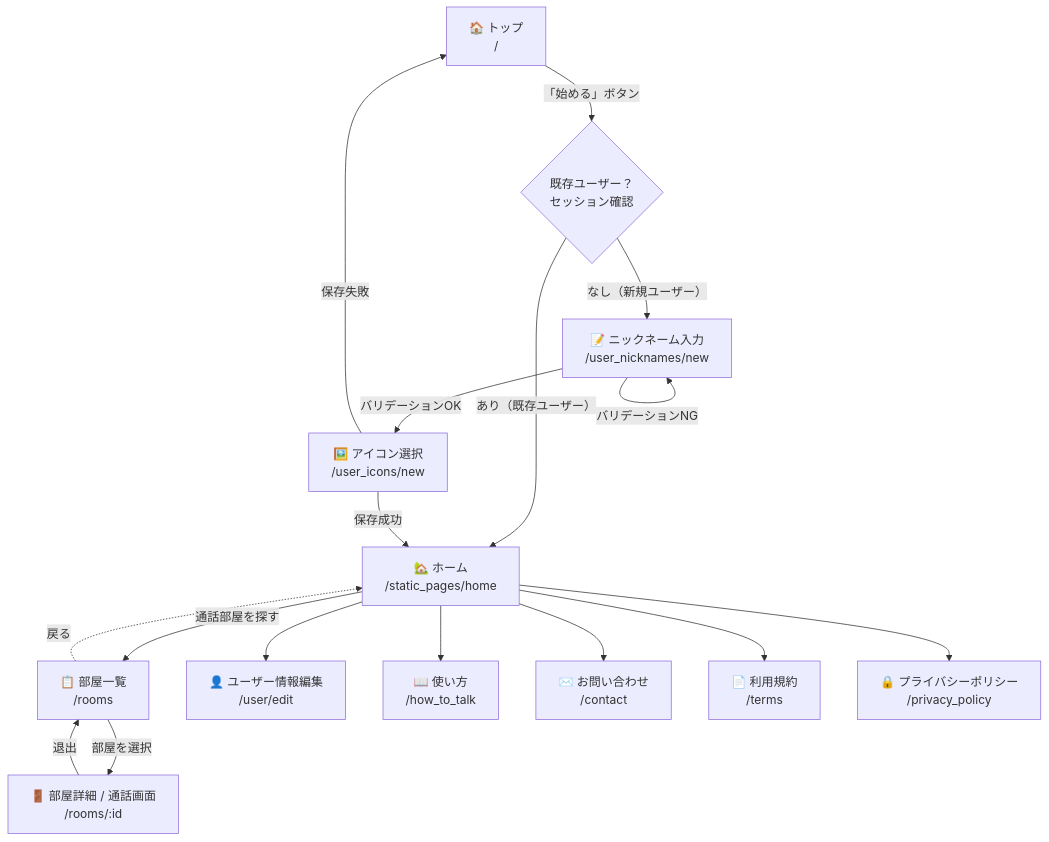
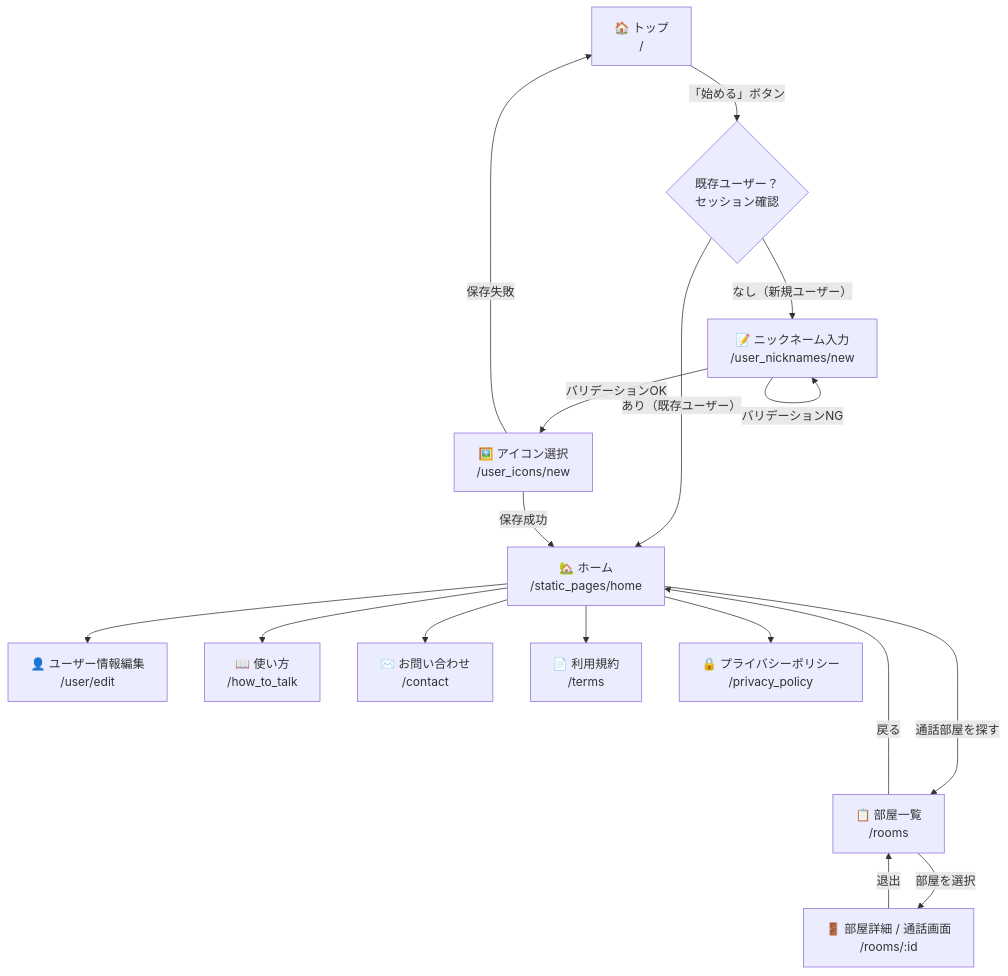
Before and after one commit to taka-thor/myapp: the diagram in docs/screen_transition.md, drawn with Mermaid.

Commit message:
update: 部屋一覧→ホームの戻る矢印を長くして経路を分離

````diff
--- a/docs/screen_transition.md
+++ b/docs/screen_transition.md
@@ -3,46 +3,46 @@
 ```mermaid
 flowchart TD
     TOP["🏠 トップ\n/"]
     SESSION{"既存ユーザー？\nセッション確認"}
     NICKNAME["📝 ニックネーム入力\n/user_nicknames/new"]
     ICON["🖼️ アイコン選択\n/user_icons/new"]
     HOME["🏡 ホーム\n/static_pages/home"]
     ROOMS["📋 部屋一覧\n/rooms"]
     ROOM_SHOW["🚪 部屋詳細 / 通話画面\n/rooms/:id"]
     USER_EDIT["👤 ユーザー情報編集\n/user/edit"]
     HOW_TO["📖 使い方\n/how_to_talk"]
     CONTACT["✉️ お問い合わせ\n/contact"]
     TERMS["📄 利用規約\n/terms"]
     PRIVACY["🔒 プライバシーポリシー\n/privacy_policy"]
 
     TOP -->|"「始める」ボタン"| SESSION
     SESSION -->|"あり（既存ユーザー）"| HOME
     SESSION -->|"なし（新規ユーザー）"| NICKNAME
     NICKNAME -->|"バリデーションOK"| ICON
     NICKNAME -->|"バリデーションNG"| NICKNAME
     ICON -->|"保存成功"| HOME
     ICON -->|"保存失敗"| TOP
 
     HOME -->|"通話部屋を探す"| ROOMS
+    ROOMS ---->|"戻る"| HOME
     HOME --> USER_EDIT
     HOME --> HOW_TO
     HOME --> CONTACT
     HOME --> TERMS
     HOME --> PRIVACY
 
     ROOMS -->|"部屋を選択"| ROOM_SHOW
     ROOM_SHOW -->|"退出"| ROOMS
-    ROOMS -.->|"戻る"| HOME
 
     click TOP "https://github.com/taka-thor/myapp/blob/master/docs/images/top.png" _blank
     click HOME "https://github.com/taka-thor/myapp/blob/master/docs/images/home.png" _blank
     click NICKNAME "https://github.com/taka-thor/myapp/blob/master/docs/images/nickname.png" _blank
     click ICON "https://github.com/taka-thor/myapp/blob/master/docs/images/icon.png" _blank
     click ROOMS "https://github.com/taka-thor/myapp/blob/master/docs/images/rooms.png" _blank
     click ROOM_SHOW "https://github.com/taka-thor/myapp/blob/master/docs/images/room_show.png" _blank
     click USER_EDIT "https://github.com/taka-thor/myapp/blob/master/docs/images/user_edit.png" _blank
     click HOW_TO "https://github.com/taka-thor/myapp/blob/master/docs/images/how_to_talk.png" _blank
     click CONTACT "https://github.com/taka-thor/myapp/blob/master/docs/images/contact.png" _blank
     click TERMS "https://github.com/taka-thor/myapp/blob/master/docs/images/terms.png" _blank
     click PRIVACY "https://github.com/taka-thor/myapp/blob/master/docs/images/privacy.png" _blank
 ```
````
